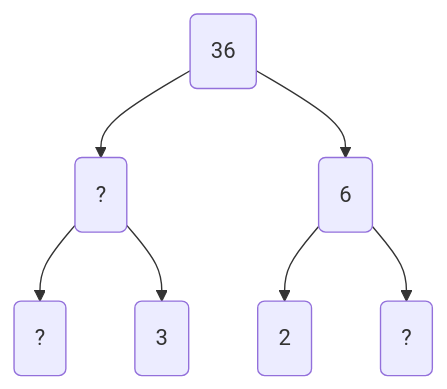
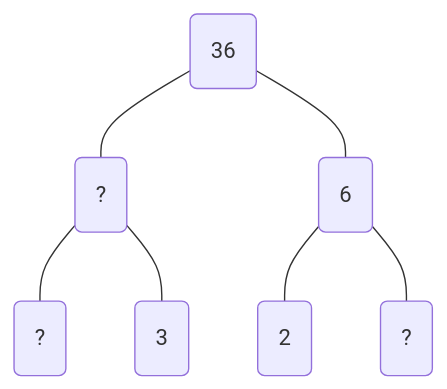
The eighth of 11 diagrams in chapters/Unit_1/1.2_Factors_Multiples_&_Prime_Factorization.qmd (tinkermeister-42/Algebra1), drawn with Mermaid before and after one commit. The commit also changed other lines of this file and 17 other files, not shown here.

````diff
--- a/chapters/Unit_1/1.2_Factors_Multiples_&_Prime_Factorization.qmd
+++ b/chapters/Unit_1/1.2_Factors_Multiples_&_Prime_Factorization.qmd
@@ -316,19 +383,19 @@
 ```{mermaid}
 %%| label: fig-mermaid-diagram
 %%| fit-align: center
 %%| fig-cap: " "
 flowchart TB
     node_0("36")
     node_1_0_1("?")
-    node_0 --> node_1_0_1
+    node_0 --- node_1_0_1
     node_1_0_2_0_2("?")
-    node_1_0_1 --> node_1_0_2_0_2
+    node_1_0_1 --- node_1_0_2_0_2
     node_1_0_2_1_2("3")
-    node_1_0_1 --> node_1_0_2_1_2
+    node_1_0_1 --- node_1_0_2_1_2
     node_1_1_1("6")
-    node_0 --> node_1_1_1
+    node_0 --- node_1_1_1
     node_1_1_2_0_2("2")
-    node_1_1_1 --> node_1_1_2_0_2
+    node_1_1_1 --- node_1_1_2_0_2
     node_1_1_2_1_2("?")
-    node_1_1_1 --> node_1_1_2_1_2
+    node_1_1_1 --- node_1_1_2_1_2
 ```
````
